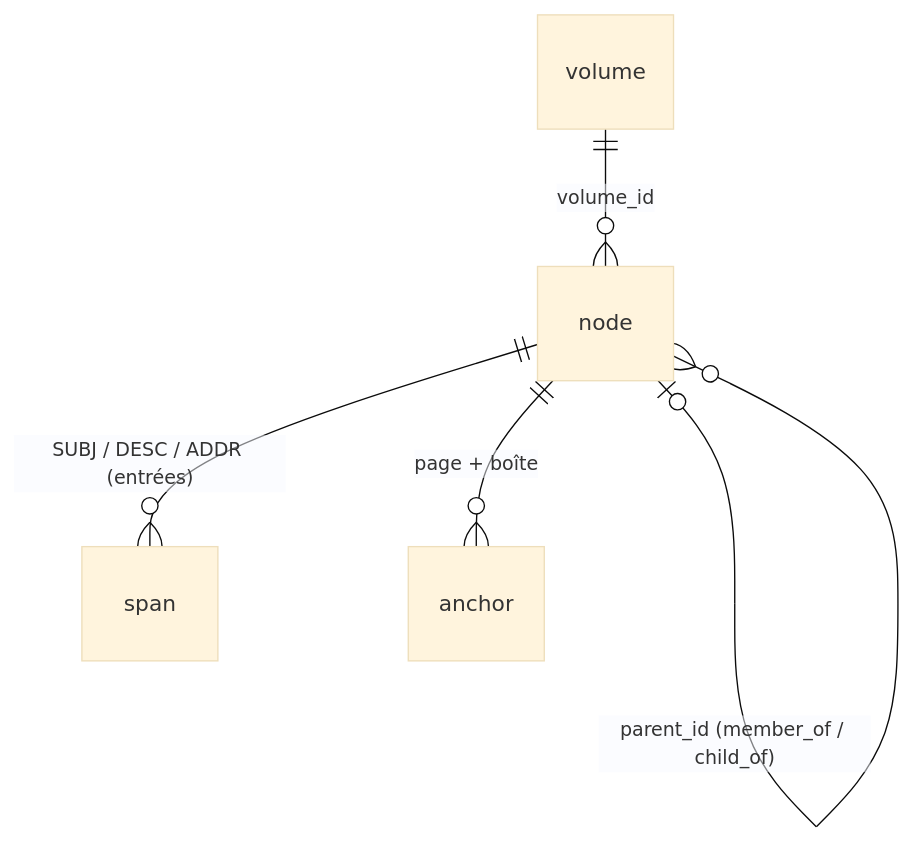
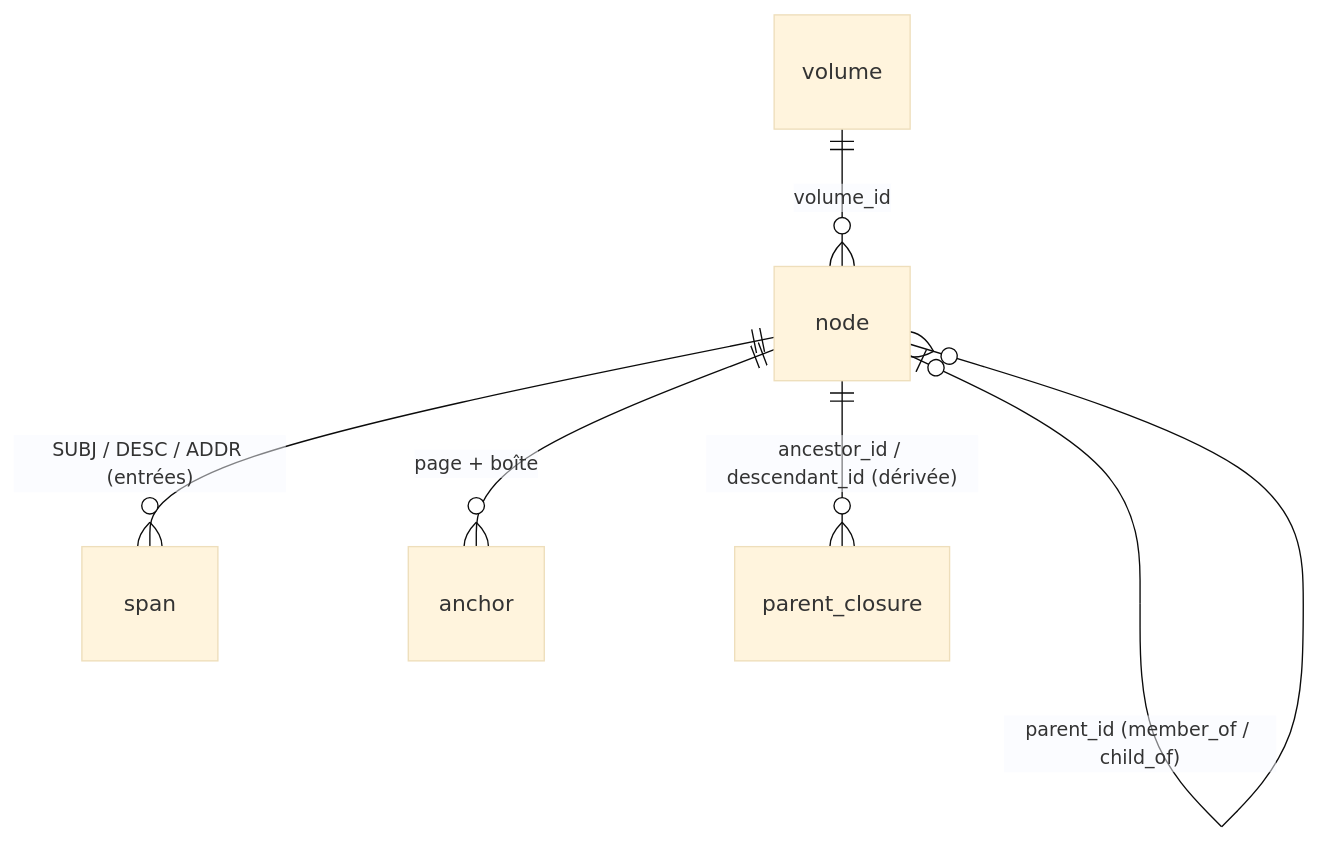
The diagram in docs/MODELE_DONNEES.md (HueyNemud/latynnaxplorer), drawn with Mermaid (base theme) before and after one commit. The commit also changed other lines of this file and 3 other files, not shown here.

````diff
--- a/docs/MODELE_DONNEES.md
+++ b/docs/MODELE_DONNEES.md
@@ -89,7 +98,8 @@
 ```mermaid
 erDiagram
     volume ||--o{ node : "volume_id"
     node |o--o{ node : "parent_id (member_of / child_of)"
     node ||--o{ span : "SUBJ / DESC / ADDR (entrées)"
     node ||--o{ anchor : "page + boîte"
+    node ||--o{ parent_closure : "ancestor_id / descendant_id (dérivée)"
 ```
````
